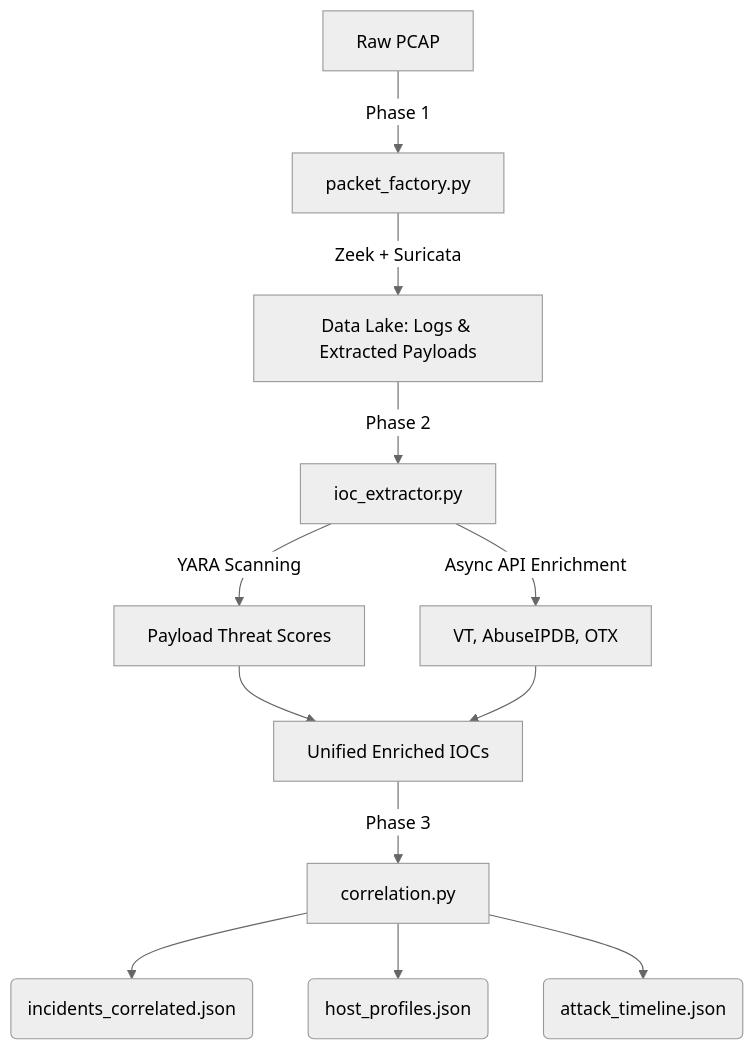
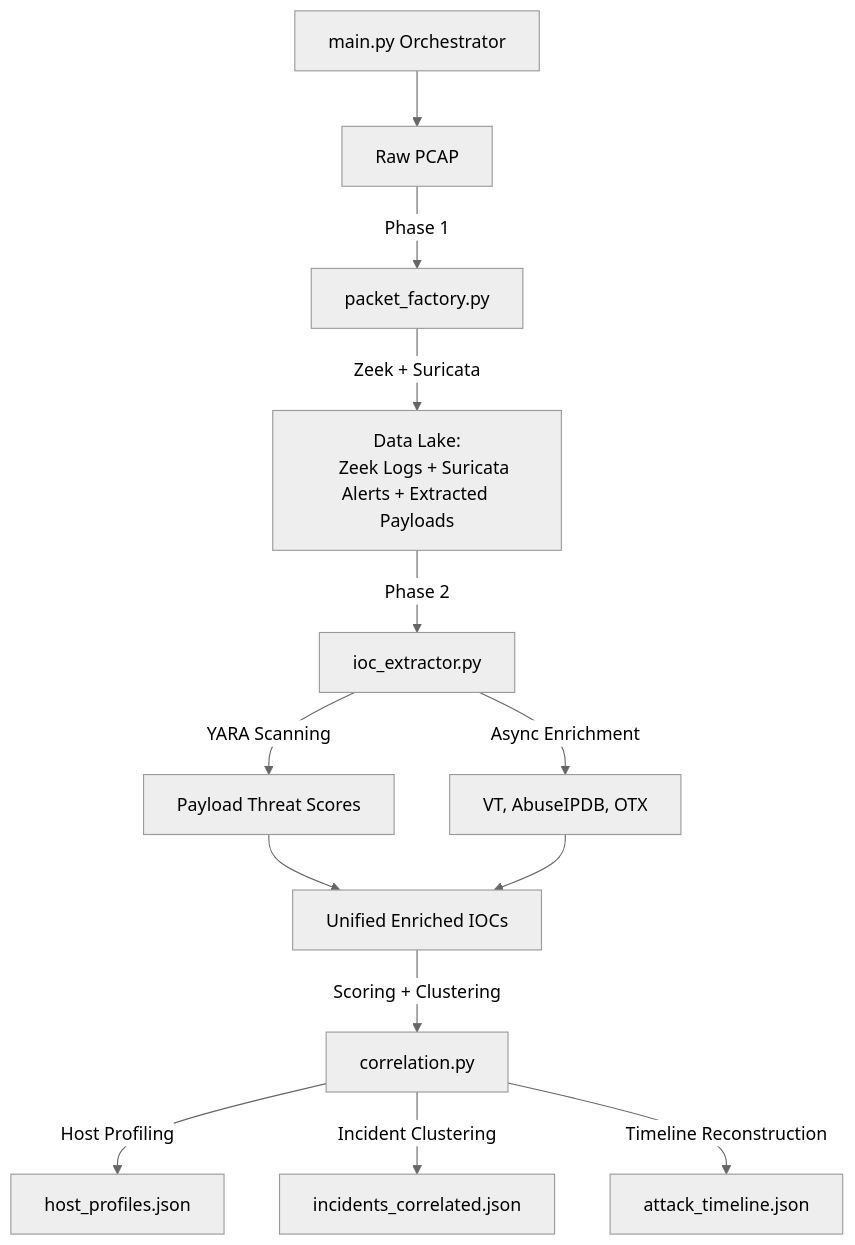
One commit to Broken-Frog/NetForensicX changed the diagram in README.md. Above: the diagram before and after it, drawn with Mermaid (neutral theme).

Commit message:
Revise architecture section in README.md
Updated architecture diagram and clarified phases in README.

````diff
--- a/README.md
+++ b/README.md
@@ -21,13 +21,21 @@
 ```mermaid
 graph TD;
-    A[Raw PCAP] -->|Phase 1| B[packet_factory.py]
-    B -->|Zeek + Suricata| C[Data Lake: Logs & Extracted Payloads]
+
+    M[main.py Orchestrator] --> A[Raw PCAP]
+
+    A -->|Phase 1| B[packet_factory.py]
+    B -->|Zeek + Suricata| C[Data Lake:
+    Zeek Logs + Suricata Alerts + Extracted Payloads]
+
     C -->|Phase 2| D[ioc_extractor.py]
     D -->|YARA Scanning| E[Payload Threat Scores]
-    D -->|Async API Enrichment| F[VT, AbuseIPDB, OTX]
+    D -->|Async Enrichment| F[VT, AbuseIPDB, OTX]
+
     E & F --> G[Unified Enriched IOCs]
-    G -->|Phase 3| H[correlation.py]
-    H --> I(incidents_correlated.json)
-    H --> J(host_profiles.json)
-    H --> K(attack_timeline.json)
+
+    G -->|Scoring + Clustering| H[correlation.py]
+
+    H -->|Host Profiling| J[host_profiles.json]
+    H -->|Incident Clustering| I[incidents_correlated.json]
+    H -->|Timeline Reconstruction| K[attack_timeline.json]
 ```
````
